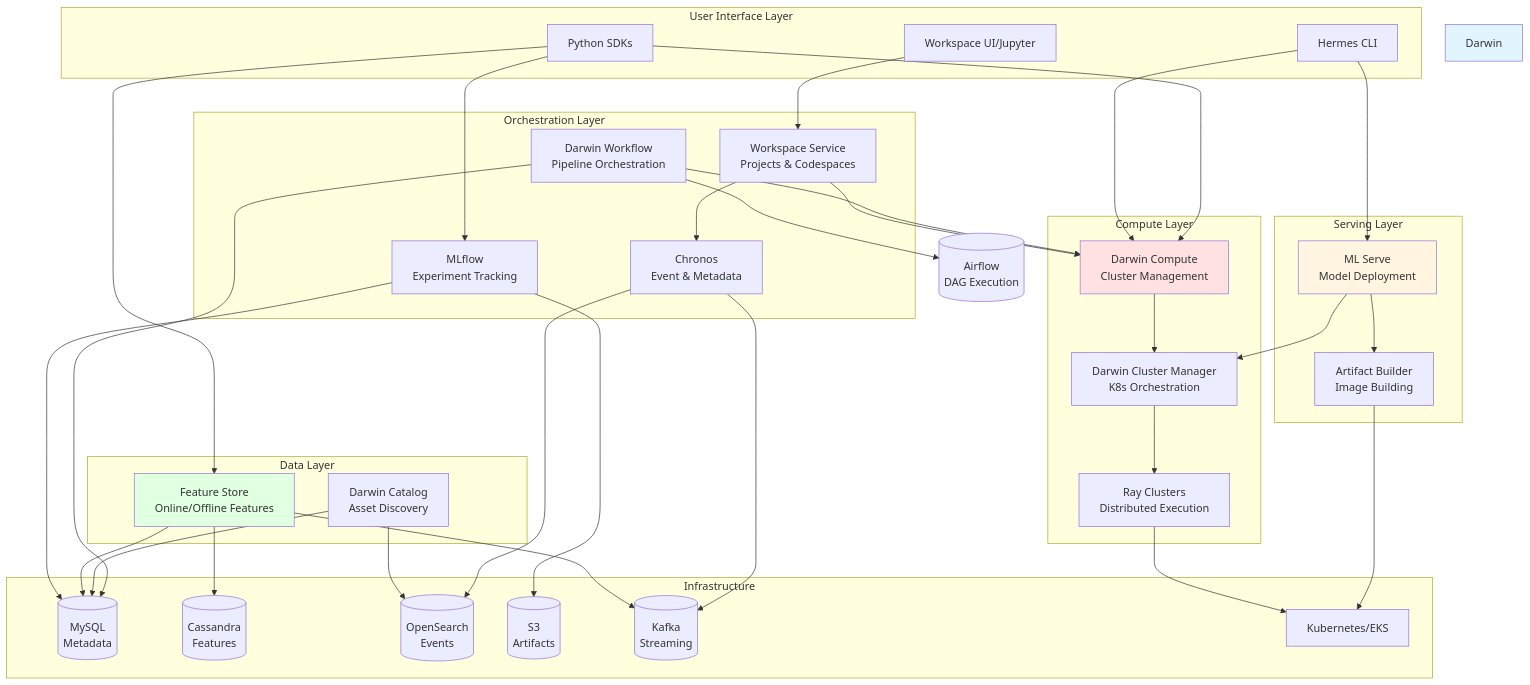
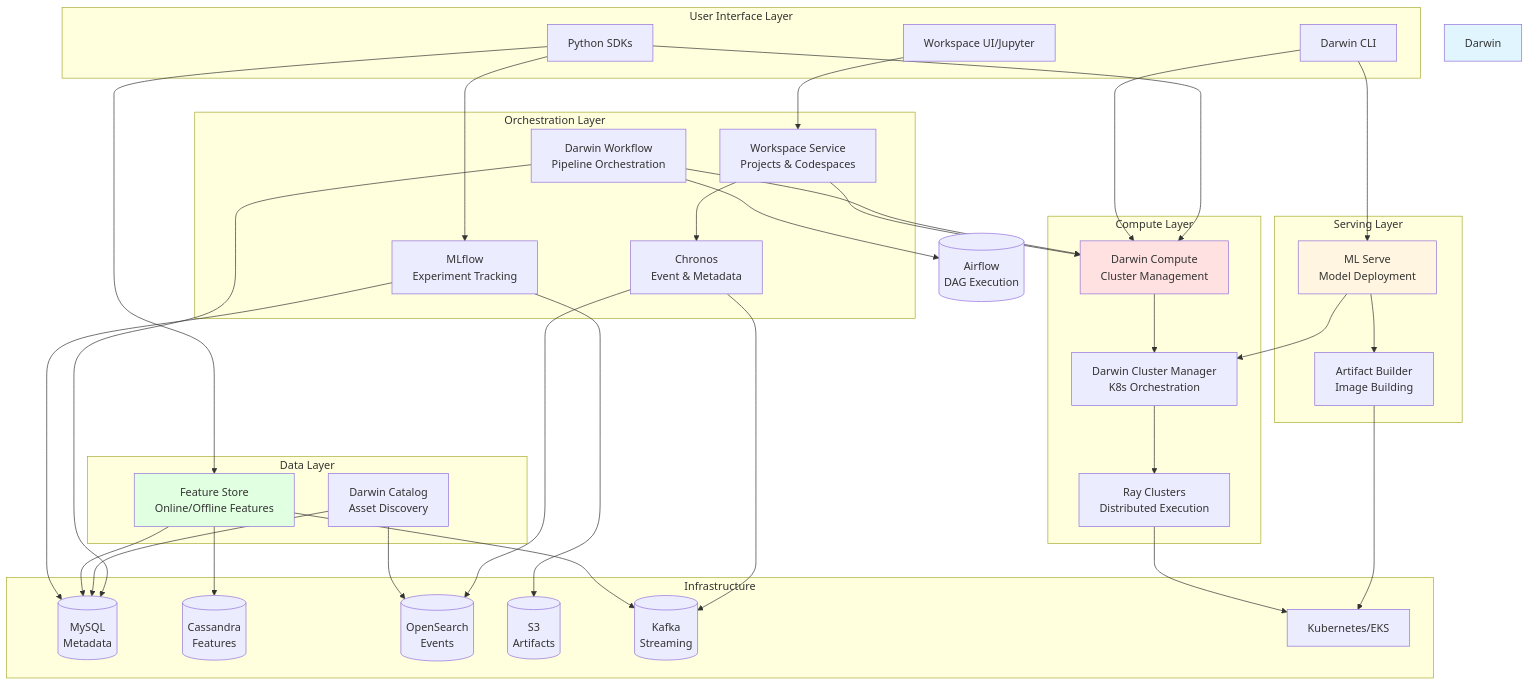
One commit to bharatv/darwin changed the first of 3 diagrams in README.md. Above: the diagram before and after it, drawn with Mermaid. The commit also changed other lines of this file and 7 other files, not shown here.

````diff
--- a/README.md
+++ b/README.md
@@ -24,77 +24,77 @@
 ```mermaid
 graph TB
     subgraph "User Interface Layer"
         UI[Workspace UI/Jupyter]
-        CLI[Hermes CLI]
+        CLI[Darwin CLI]
         SDK[Python SDKs]
     end
 
     subgraph "Orchestration Layer"
         Workspace[Workspace Service<br/>Projects & Codespaces]
         MLflow[MLflow<br/>Experiment Tracking]
         Chronos[Chronos<br/>Event & Metadata]
         Workflow[Darwin Workflow<br/>Pipeline Orchestration]
     end
 
     subgraph "Compute Layer"
         Compute[Darwin Compute<br/>Cluster Management]
         DCM[Darwin Cluster Manager<br/>K8s Orchestration]
         Ray[Ray Clusters<br/>Distributed Execution]
     end
 
     subgraph "Data Layer"
         FS[Feature Store<br/>Online/Offline Features]
         Catalog[Darwin Catalog<br/>Asset Discovery]
     end
 
     subgraph "Serving Layer"
         Serve[ML Serve<br/>Model Deployment]
         Builder[Artifact Builder<br/>Image Building]
     end
 
     subgraph "Infrastructure"
         MySQL[(MySQL<br/>Metadata)]
         Cassandra[(Cassandra<br/>Features)]
         OpenSearch[(OpenSearch<br/>Events)]
         S3[(S3<br/>Artifacts)]
         Kafka[(Kafka<br/>Streaming)]
         K8s[Kubernetes/EKS]
     end
 
     UI --> Workspace
     CLI --> Serve
     CLI --> Compute
     SDK --> Compute
     SDK --> FS
     SDK --> MLflow
 
     Workspace --> Compute
     Workspace --> Chronos
     MLflow --> S3
     MLflow --> MySQL
 
     Compute --> DCM
     DCM --> Ray
     Ray --> K8s
 
     Serve --> Builder
     Serve --> DCM
     Builder --> K8s
 
     FS --> Cassandra
     FS --> Kafka
     FS --> MySQL
     Catalog --> MySQL
     Catalog --> OpenSearch
     Chronos --> OpenSearch
     Chronos --> Kafka
 
     Workflow --> Compute
     Workflow --> MySQL
     Workflow --> Airflow[(Airflow<br/>DAG Execution)]
 
     style Darwin fill:#e1f5ff
     style Compute fill:#ffe1e1
     style FS fill:#e1ffe1
     style Serve fill:#fff5e1
 ```
````
